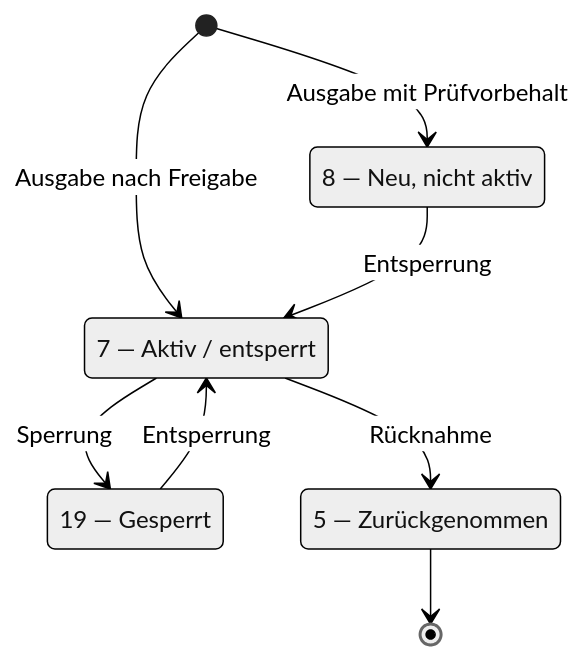
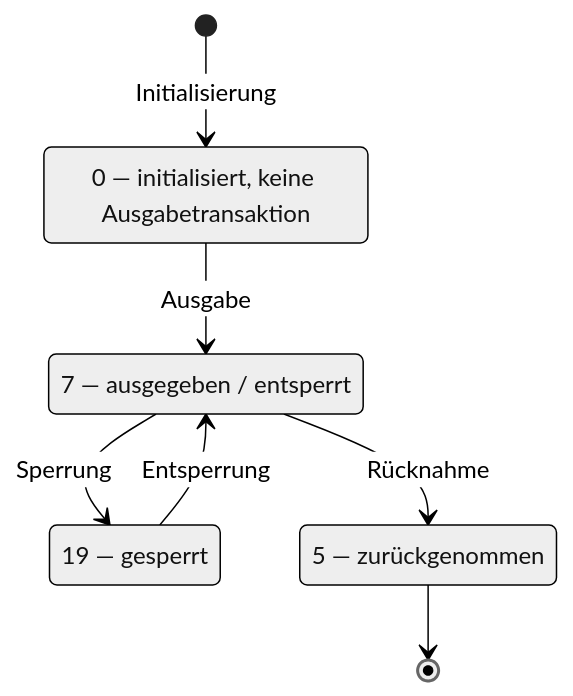
One commit to kaigothe/VDV-KA-Toolkit changed the diagram in lexikon/berechtigungen/berstatus.md. Above: the diagram before and after it, drawn with Mermaid (neutral theme). The commit also changed other lines of this file and 19 other files, not shown here.

````diff
--- a/lexikon/berechtigungen/berstatus.md
+++ b/lexikon/berechtigungen/berstatus.md
@@ -58,14 +67,13 @@
 ```mermaid
 stateDiagram-v2
-    [*] --> Neu8 : Ausgabe mit Prüfvorbehalt
-    [*] --> Aktiv7 : Ausgabe nach Freigabe
-    Neu8 : 8 — Neu, nicht aktiv
-    Aktiv7 : 7 — Aktiv / entsperrt
-    Gesperrt19 : 19 — Gesperrt
-    Zurueck5 : 5 — Zurückgenommen
-    Neu8 --> Aktiv7 : Entsperrung
+    [*] --> Null0 : Initialisierung
+    Null0 : 0 — initialisiert, keine Ausgabetransaktion
+    Aktiv7 : 7 — ausgegeben / entsperrt
+    Gesperrt19 : 19 — gesperrt
+    Zurueck5 : 5 — zurückgenommen
+    Null0 --> Aktiv7 : Ausgabe
     Aktiv7 --> Gesperrt19 : Sperrung
     Gesperrt19 --> Aktiv7 : Entsperrung
     Aktiv7 --> Zurueck5 : Rücknahme
     Zurueck5 --> [*]
 ```
````
